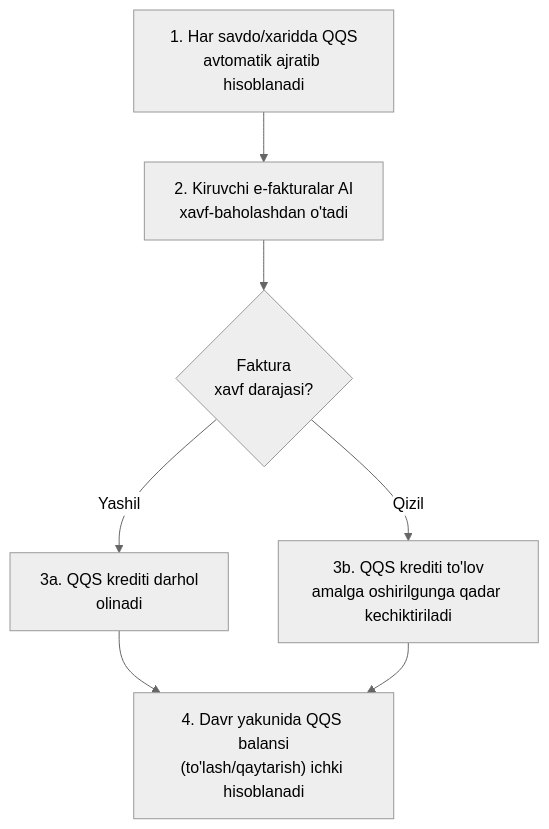
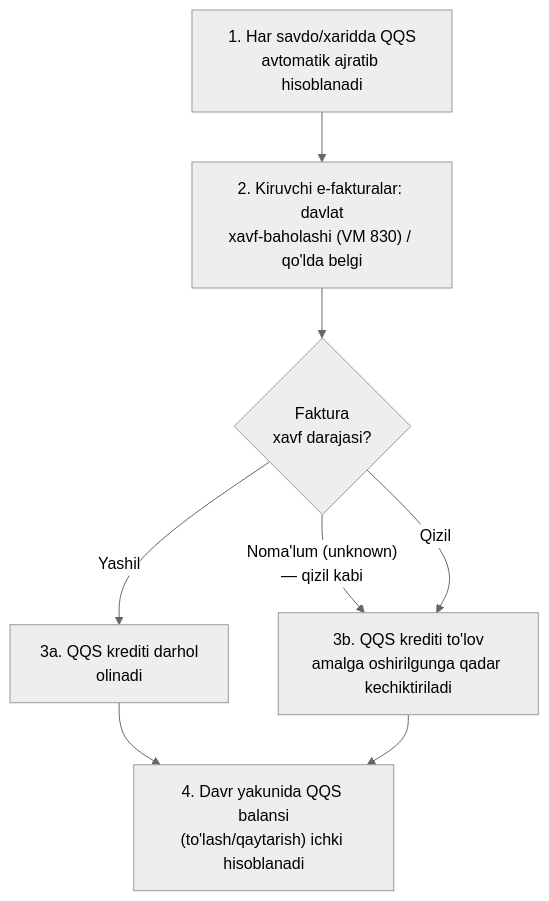
The seventh of 15 diagrams in spec/kod-uchun/04-biznes-jarayonlar.md (hasanoff507/erp), drawn with Mermaid (neutral theme) before and after one commit. The commit also changed other lines of this file and 47 other files, not shown here.

````diff
--- a/spec/kod-uchun/04-biznes-jarayonlar.md
+++ b/spec/kod-uchun/04-biznes-jarayonlar.md
@@ -201,9 +201,10 @@
 ```mermaid
 flowchart TD
-    A["1. Har savdo/xaridda QQS\navtomatik ajratib hisoblanadi"] --> B["2. Kiruvchi e-fakturalar AI\nxavf-baholashdan o'tadi"]
+    A["1. Har savdo/xaridda QQS\navtomatik ajratib hisoblanadi"] --> B["2. Kiruvchi e-fakturalar: davlat\nxavf-baholashi (VM 830) / qo'lda belgi"]
     B --> C{"Faktura\nxavf darajasi?"}
     C -- "Yashil" --> D["3a. QQS krediti darhol\nolinadi"]
+    C -- "Noma'lum (unknown)\n— qizil kabi" --> E
     C -- "Qizil" --> E["3b. QQS krediti to'lov\namalga oshirilgunga qadar kechiktiriladi"]
     D --> F["4. Davr yakunida QQS balansi\n(to'lash/qaytarish) ichki hisoblanadi"]
     E --> F
 ```
````
